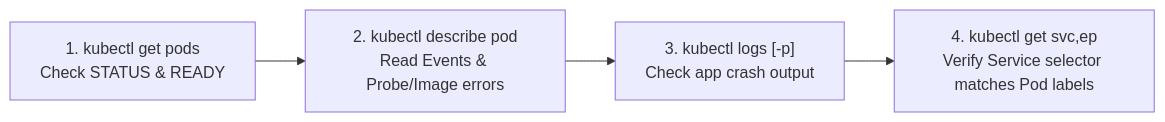
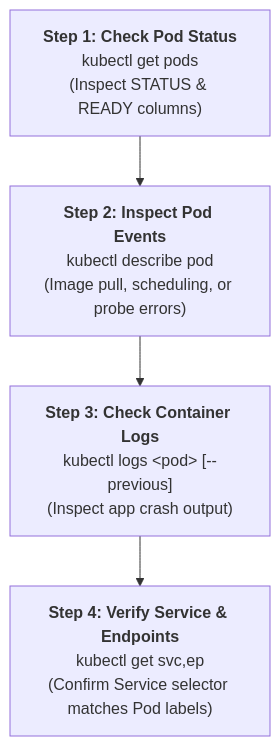
Before and after one commit to amlcoftherockies/scaling-the-kubernetes-mountain: the second of 2 diagrams in section 7/README.md, drawn with Mermaid. The commit also changed 4 other files, not shown here.

Commit message:
Fix Mermaid diagram line breaks (<br/> instead of literal \n) and layout across Sections 6-10

````diff
--- a/section 7/README.md
+++ b/section 7/README.md
@@ -248,6 +248,6 @@
 ```mermaid
-flowchart LR
-    S1["1. kubectl get pods\nCheck STATUS & READY"] --> S2["2. kubectl describe pod\nRead Events & Probe/Image errors"]
-    S2 --> S3["3. kubectl logs [-p]\nCheck app crash output"]
-    S3 --> S4["4. kubectl get svc,ep\nVerify Service selector matches Pod labels"]
+flowchart TD
+    S1["<b>Step 1: Check Pod Status</b><br/>kubectl get pods<br/>(Inspect STATUS & READY columns)"] --> S2["<b>Step 2: Inspect Pod Events</b><br/>kubectl describe pod<br/>(Image pull, scheduling, or probe errors)"]
+    S2 --> S3["<b>Step 3: Check Container Logs</b><br/>kubectl logs &lt;pod&gt; [--previous]<br/>(Inspect app crash output)"]
+    S3 --> S4["<b>Step 4: Verify Service & Endpoints</b><br/>kubectl get svc,ep<br/>(Confirm Service selector matches Pod labels)"]
 ```
````
